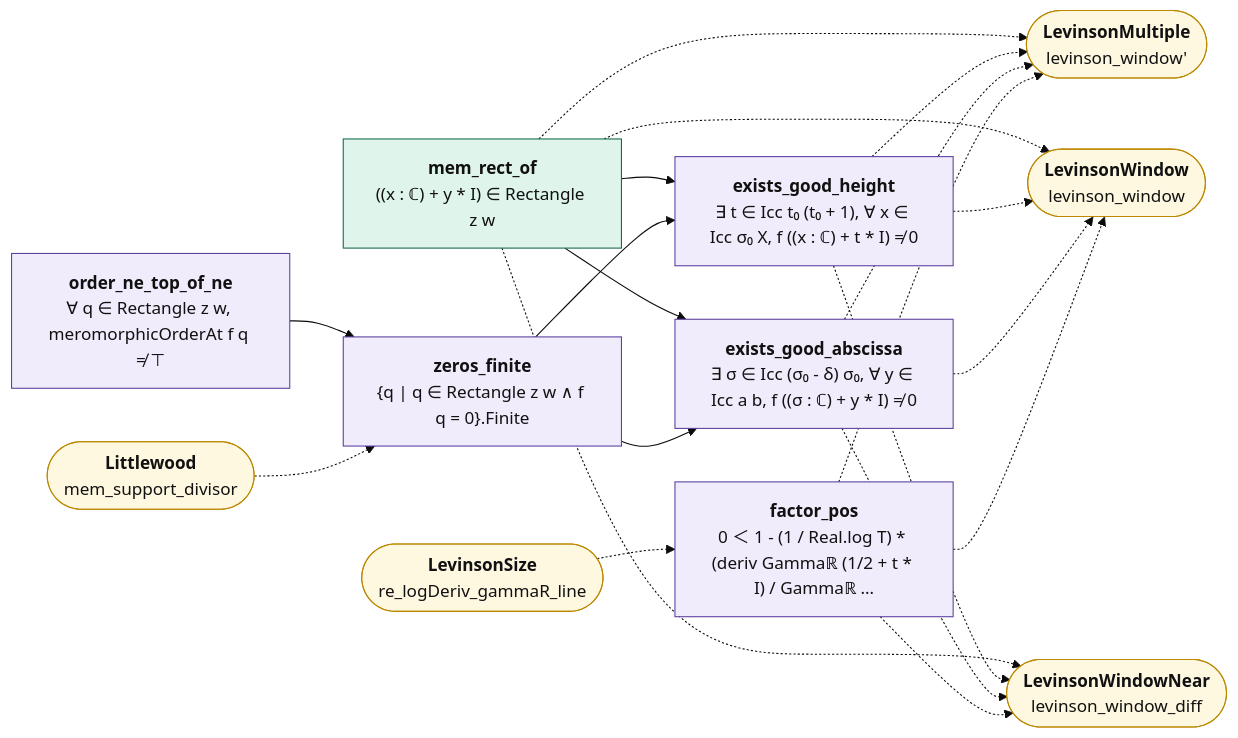
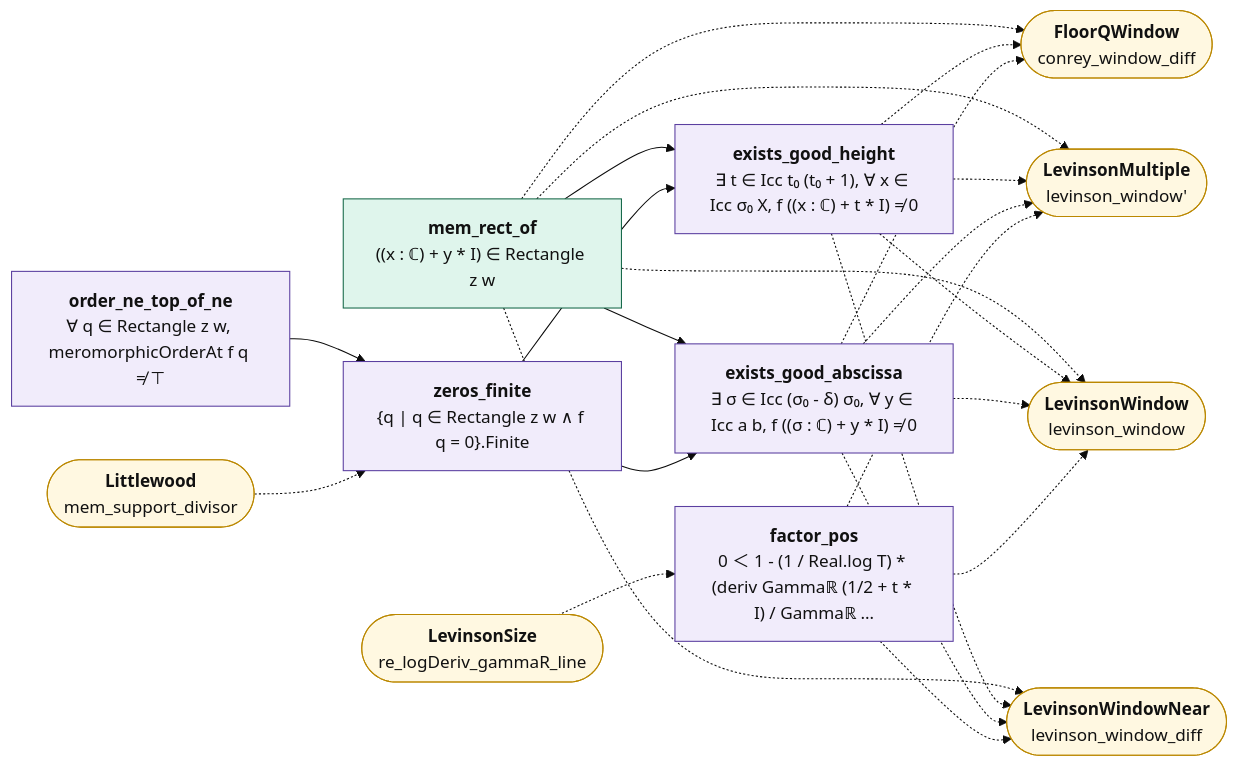
Before and after one commit to juliansambranojr/Primebeat_081426: the diagram in map/lean_stage3/LevinsonAvoid.md, drawn with Mermaid (base theme). The commit also changed other lines of this file and 70 other files, not shown here.

````diff
--- a/map/lean_stage3/LevinsonAvoid.md
+++ b/map/lean_stage3/LevinsonAvoid.md
@@ -14,41 +14,45 @@
 ```mermaid
 flowchart LR
   n0["<b>mem_rect_of</b><br/>((x : ℂ) + y * I) ∈ Rectangle z w"]:::cnt
   n1["<b>order_ne_top_of_ne</b><br/>∀ q ∈ Rectangle z w, meromorphicOrderAt f q ≠ ⊤"]:::shp
   n2["<b>zeros_finite</b><br/>{q | q ∈ Rectangle z w ∧ f q = 0}.Finite"]:::shp
   n3["<b>exists_good_height</b><br/>∃ t ∈ Icc t₀ (t₀ + 1), ∀ x ∈ Icc σ₀ X, f ((x : ℂ) + t * I) ≠ 0"]:::shp
   n4["<b>exists_good_abscissa</b><br/>∃ σ ∈ Icc (σ₀ - δ) σ₀, ∀ y ∈ Icc a b, f ((σ : ℂ) + y * I) ≠ 0"]:::shp
   n5["<b>factor_pos</b><br/>0 ＜ 1 - (1 / Real.log T) * (deriv Gammaℝ (1/2 + t * I) / Gammaℝ …"]:::shp
-  x0(["<b>LevinsonMultiple</b><br/>levinson_window'"]):::ext
-  x1(["<b>LevinsonWindow</b><br/>levinson_window"]):::ext
-  x2(["<b>LevinsonWindowNear</b><br/>levinson_window_diff"]):::ext
-  x3(["<b>Littlewood</b><br/>mem_support_divisor"]):::ext
-  x4(["<b>LevinsonSize</b><br/>re_logDeriv_gammaR_line"]):::ext
+  x0(["<b>FloorQWindow</b><br/>conrey_window_diff"]):::ext
+  x1(["<b>LevinsonMultiple</b><br/>levinson_window'"]):::ext
+  x2(["<b>LevinsonWindow</b><br/>levinson_window"]):::ext
+  x3(["<b>LevinsonWindowNear</b><br/>levinson_window_diff"]):::ext
+  x4(["<b>Littlewood</b><br/>mem_support_divisor"]):::ext
+  x5(["<b>LevinsonSize</b><br/>re_logDeriv_gammaR_line"]):::ext
   n0 --> n3
   n0 --> n4
   n1 --> n2
   n2 --> n3
   n2 --> n4
   n0 -.-> x0
   n0 -.-> x1
   n0 -.-> x2
+  n0 -.-> x3
   n3 -.-> x0
   n3 -.-> x1
   n3 -.-> x2
+  n3 -.-> x3
   n4 -.-> x0
   n4 -.-> x1
   n4 -.-> x2
-  n5 -.-> x0
+  n4 -.-> x3
   n5 -.-> x1
   n5 -.-> x2
-  x3 -.-> n2
-  x4 -.-> n5
+  n5 -.-> x3
+  x4 -.-> n2
+  x5 -.-> n5
   classDef cnt fill:#dff5ec,stroke:#17694a,color:#111
   classDef shp fill:#f1ecfb,stroke:#5b3fa0,color:#111
   classDef rh fill:#ffe5e5,stroke:#c22,color:#111,stroke-width:2px
   classDef thm fill:#eef4ff,stroke:#335,color:#111
   classDef end_ fill:#e7f7e7,stroke:#2a7,color:#111,stroke-width:2px
   classDef lone fill:#fff,stroke:#999,color:#111,stroke-dasharray:4 3
   classDef bad fill:#ffe5e5,stroke:#c22,color:#111,stroke-width:2px
   classDef ext fill:#fff8e1,stroke:#b80,color:#111
 ```
````
